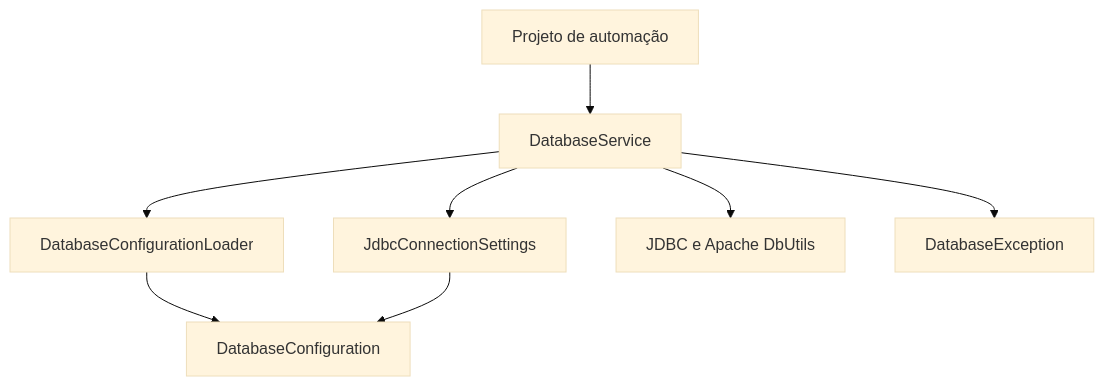
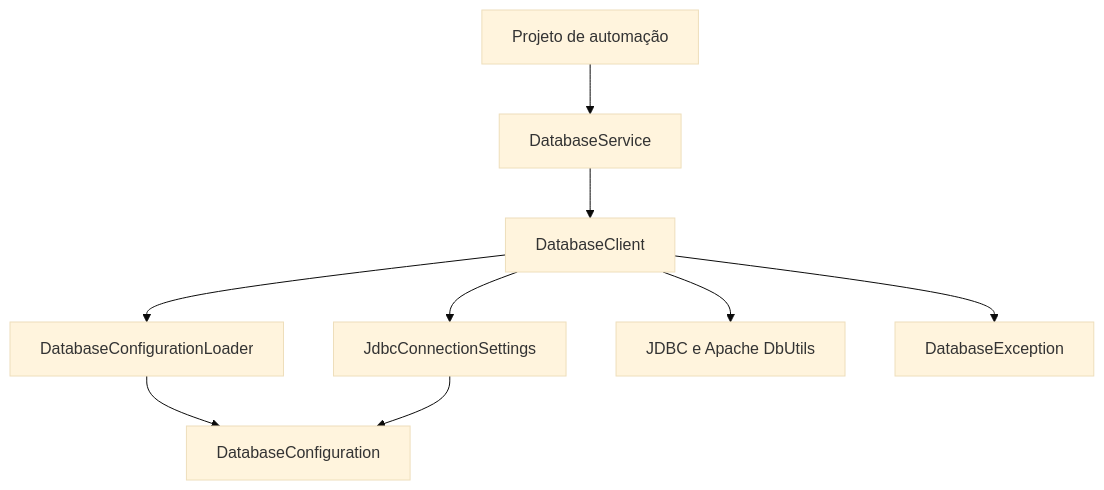
The diagram in docs/architecture.md (raialmeida/mindqa-db-commons), drawn with Mermaid (base theme) before and after one commit. The commit also changed other lines of this file and 18 other files, not shown here.

````diff
--- a/docs/architecture.md
+++ b/docs/architecture.md
@@ -20,10 +96,11 @@
 ```mermaid
 flowchart TD
     Consumer[Projeto de automação] --> Service[DatabaseService]
-    Service --> Loader[DatabaseConfigurationLoader]
+    Service --> Client[DatabaseClient]
+    Client --> Loader[DatabaseConfigurationLoader]
     Loader --> Configuration[DatabaseConfiguration]
-    Service --> Settings[JdbcConnectionSettings]
+    Client --> Settings[JdbcConnectionSettings]
     Settings --> Configuration
-    Service --> JDBC[JDBC e Apache DbUtils]
-    Service --> Error[DatabaseException]
+    Client --> JDBC[JDBC e Apache DbUtils]
+    Client --> Error[DatabaseException]
 ```
````
